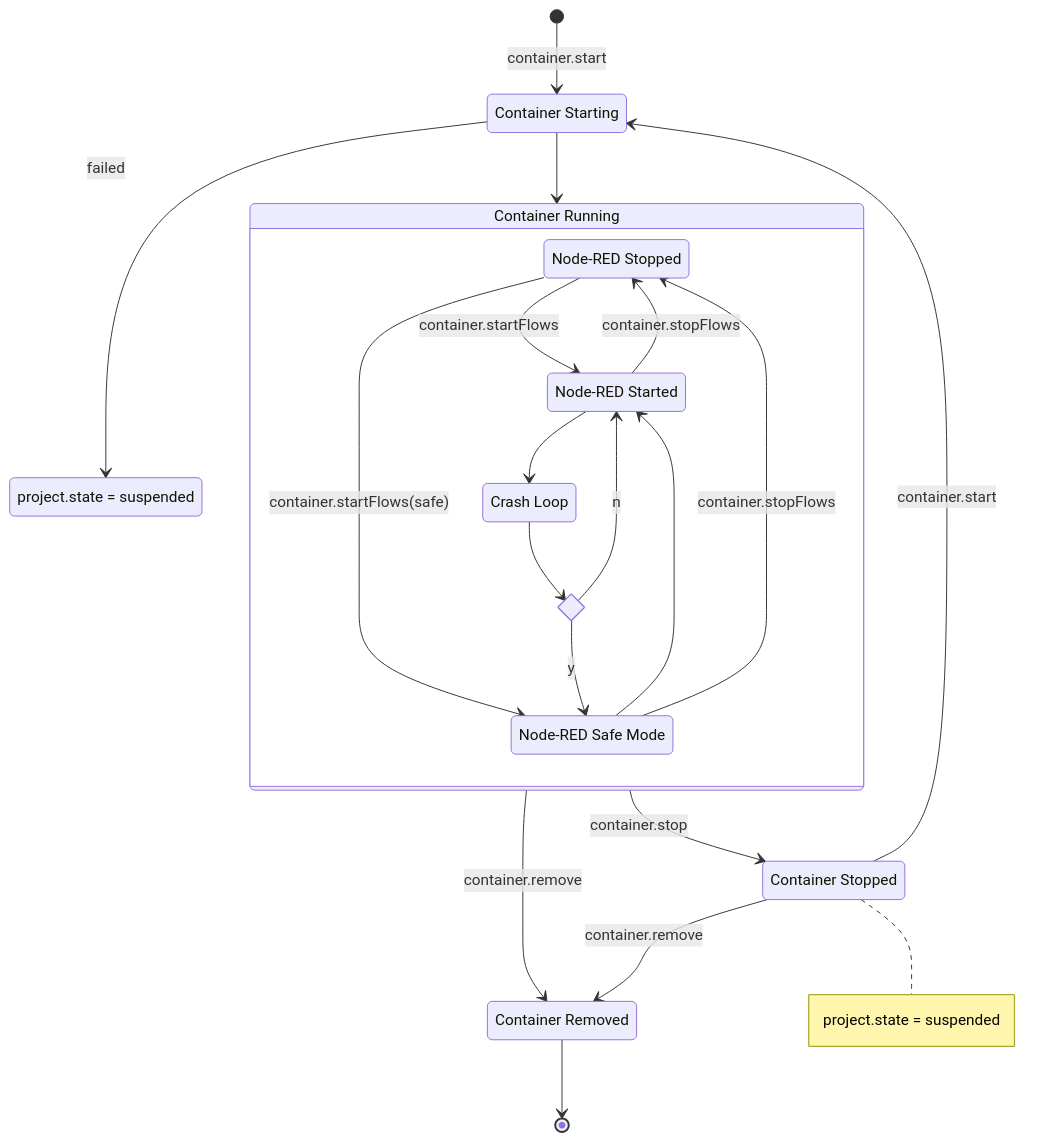
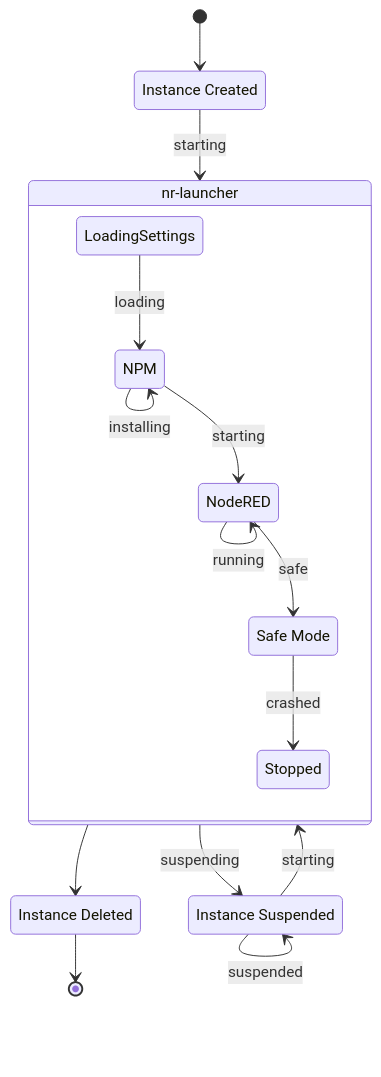
One commit to FlowFuse/flowfuse changed the diagram in docs/contribute/workflows/project-states.md. Above: the diagram before and after it, drawn with Mermaid. The commit also changed other lines of this file, not shown here.

Commit message:
Update Instance States documentation
Includes all the states displayed in the Forge App UI

````diff
--- a/docs/contribute/workflows/project-states.md
+++ b/docs/contribute/workflows/project-states.md
@@ -6,36 +18,31 @@
 ```mermaid
 stateDiagram-v2
 direction TB
-ConStarting: Container Starting
-ConRunning: Container Running
-ConStopped: Container Stopped
-ConRemoved: Container Removed
-ProjStateSus: project.state = suspended
-NRStopped: Node-RED Stopped
-NRStarted: Node-RED Started
-NRSafe: Node-RED Safe Mode
-Crash: Crash Loop
-state crash_loop <<choice>>
-[*] --> ConStarting : container.start
-ConStarting --> ProjStateSus : failed
-ConStarting --> ConRunning
-state ConRunning {
-    direction TB
-    NRStarted --> NRStopped : container.stopFlows
-    NRStopped --> NRStarted : container.startFlows
-    NRStopped --> NRSafe : container.startFlows(safe)
-    NRSafe --> NRStarted
-    NRSafe --> NRStopped : container.stopFlows
-    NRStarted --> Crash
-    Crash --> crash_loop
-    crash_loop --> NRSafe : y
-    crash_loop --> NRStarted : n
-    
+InstanceCreated: Instance Created
+state "nr-launcher" as nrLauncher {
+  direction TB
+  LoadingSettings
+  NPM
+  NodeRED
+  Safe: Safe Mode
+  Stopped
+
+  LoadingSettings --> NPM: loading
+  NPM --> NPM: installing
+  NPM --> NodeRED: starting
+  NodeRED --> NodeRED: restarting
+  NodeRED --> NodeRED: running
+  NodeRED --> Safe: safe
+  Safe --> Stopped: crashed
 }
-ConRunning --> ConRemoved : container.remove
-ConRunning --> ConStopped : container.stop
-ConStopped --> ConRemoved : container.remove
-ConStopped --> ConStarting : container.start
-note right of ConStopped : project.state = suspended
-ConRemoved --> [*]
+InstanceDeleted: Instance Deleted
+InstanceSuspended: Instance Suspended
+
+[*] --> InstanceCreated
+InstanceCreated --> nrLauncher : starting
+nrLauncher --> InstanceDeleted
+nrLauncher --> InstanceSuspended: suspending
+InstanceSuspended --> nrLauncher: starting
+InstanceSuspended --> InstanceSuspended: suspended
+InstanceDeleted --> [*]
 ```
````
